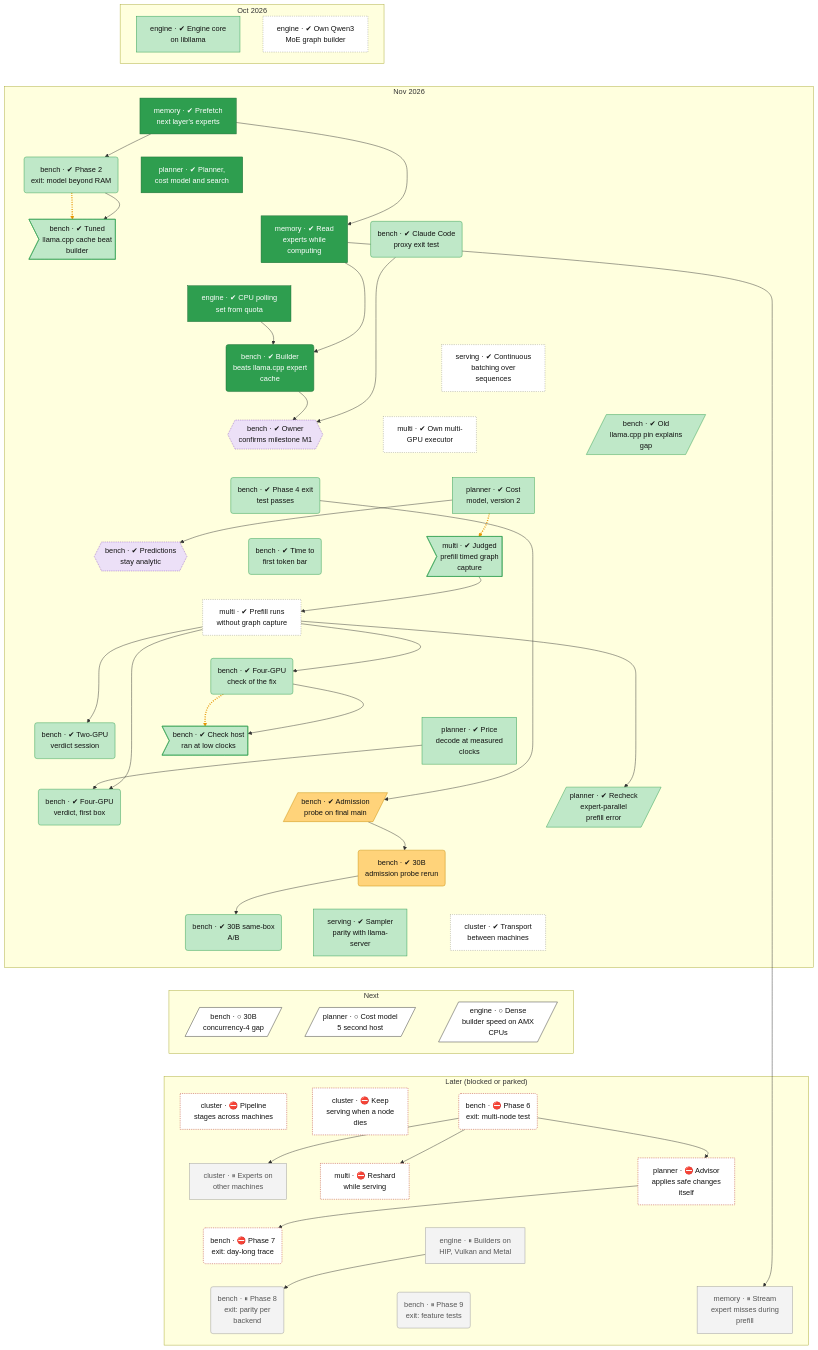
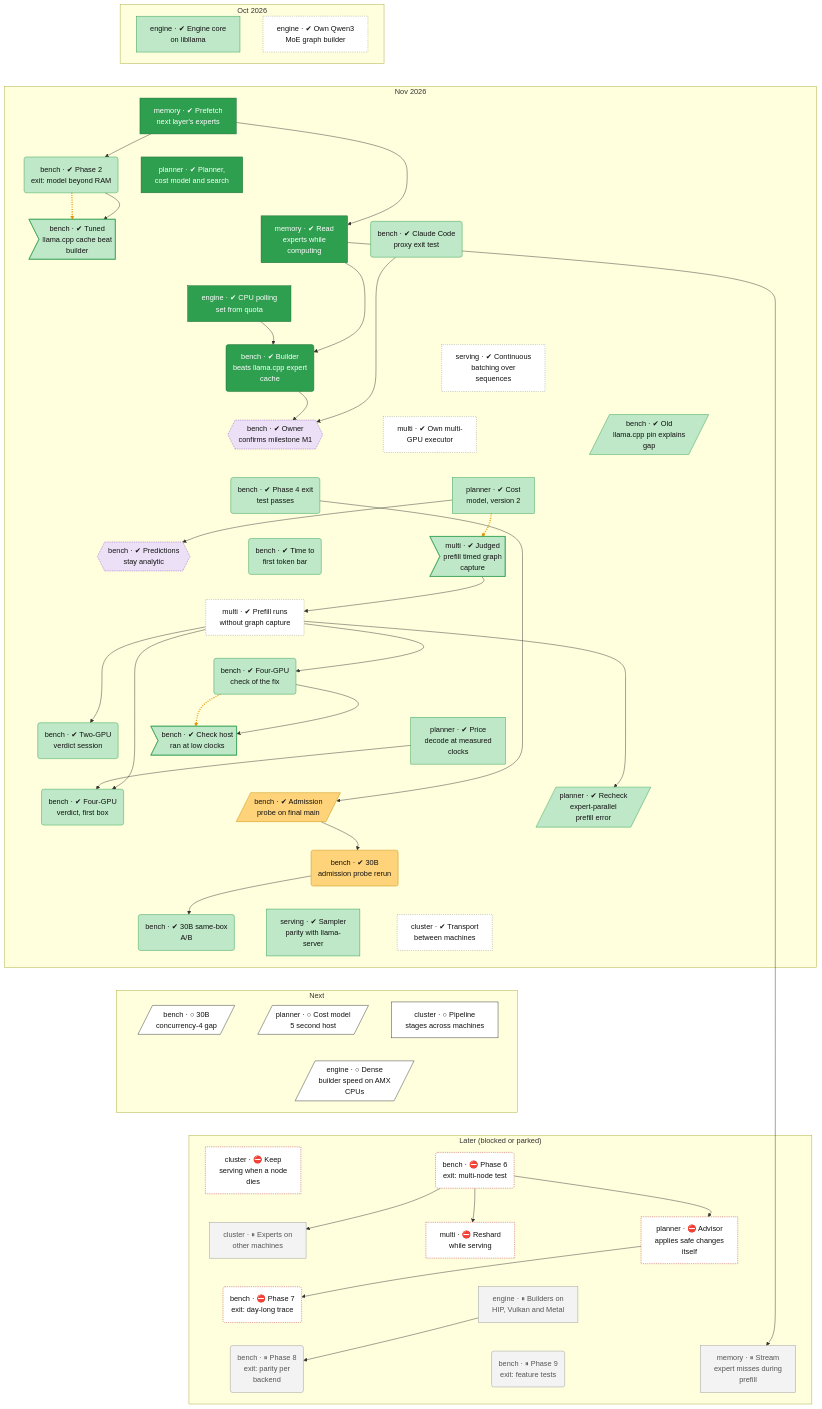
The second of 2 diagrams in docs/roadmap.md (lhns/tetraeder), drawn with Mermaid before and after one commit. The commit also changed other lines of this file and 2 other files, not shown here.

Commit message:
Tree: cluster-pipeline-nodes and cluster-replicas next (step 3 done) (not measured)

````diff
--- a/docs/roadmap.md
+++ b/docs/roadmap.md
@@ -139,10 +139,10 @@
     subgraph bd_2["Next"]
         bench_30b_c4_gap[/"bench · ○ 30B<br/>concurrency-4 gap"/]
         planner_cost_model_v5_host2[/"planner · ○ Cost model<br/>5 second host"/]
+        cluster_pipeline_nodes["cluster · ○ Pipeline<br/>stages across machines"]
         engine_dense_amx[/"engine · ○ Dense<br/>builder speed on AMX<br/>CPUs"/]
     end
     subgraph bd_3["Later (blocked or parked)"]
-        cluster_pipeline_nodes["cluster · ⛔ Pipeline<br/>stages across machines"]
         cluster_failover["cluster · ⛔ Keep<br/>serving when a node<br/>dies"]
         bench_phase6_exit("bench · ⛔ Phase 6<br/>exit: multi-node test")
         cluster_experts_nodes["cluster · ⏸ Experts on<br/>other machines"]
@@ -193,12 +193,14 @@
     bench_d2a_30b ~~~ cluster_transport
     bench_ab30b ~~~ bench_30b_c4_gap
     serving_parity_sampling ~~~ planner_cost_model_v5_host2
-    cluster_transport ~~~ engine_dense_amx
-    bench_30b_c4_gap ~~~ cluster_pipeline_nodes
-    planner_cost_model_v5_host2 ~~~ cluster_failover
+    cluster_transport ~~~ cluster_pipeline_nodes
+    bench_30b_c4_gap ~~~ engine_dense_amx
+    planner_cost_model_v5_host2 ~~~ engine_dense_amx
+    cluster_pipeline_nodes ~~~ engine_dense_amx
+    engine_dense_amx ~~~ cluster_failover
     engine_dense_amx ~~~ bench_phase6_exit
-    cluster_pipeline_nodes ~~~ cluster_experts_nodes
-    cluster_failover ~~~ multi_live_reshard
+    cluster_failover ~~~ cluster_experts_nodes
+    bench_phase6_exit ~~~ multi_live_reshard
     bench_phase6_exit ~~~ planner_advisor_auto
     cluster_experts_nodes ~~~ bench_phase7_exit
     multi_live_reshard ~~~ engine_backend_parity
@@ -233,7 +235,7 @@
     planner_advisor_auto --> bench_phase7_exit
     engine_backend_parity --> bench_phase8_exit
     memory_io_service --> memory_prefill_misses
-    linkStyle 53,60,64 stroke:#e69500,stroke-width:3px,stroke-dasharray:2 3
+    linkStyle 55,62,66 stroke:#e69500,stroke-width:3px,stroke-dasharray:2 3
     classDef vsucc fill:#2e9e4f,stroke:#1b6b34,color:#fff
     classDef succ fill:#bfe8c8,stroke:#2e9e4f,color:#111
     classDef mixed fill:#ffd37a,stroke:#c98a00,color:#111
@@ -253,7 +255,7 @@
     class engine_cpu_poll,memory_prefetch,memory_io_service,planner_core,bench_m1_point1 vsucc
     class bench_owner_m1,bench_owner_analytic decided
     class bench_d2a_probe,bench_d2a_30b mixed
-    class bench_30b_c4_gap,planner_cost_model_v5_host2,engine_dense_amx next
-    class cluster_pipeline_nodes,cluster_failover,bench_phase6_exit,multi_live_reshard,planner_advisor_auto,bench_phase7_exit blocked
+    class bench_30b_c4_gap,planner_cost_model_v5_host2,cluster_pipeline_nodes,engine_dense_amx next
     class cluster_experts_nodes,engine_backend_parity,bench_phase8_exit,bench_phase9_exit,memory_prefill_misses parked
+    class cluster_failover,bench_phase6_exit,multi_live_reshard,planner_advisor_auto,bench_phase7_exit blocked
 ```
````
